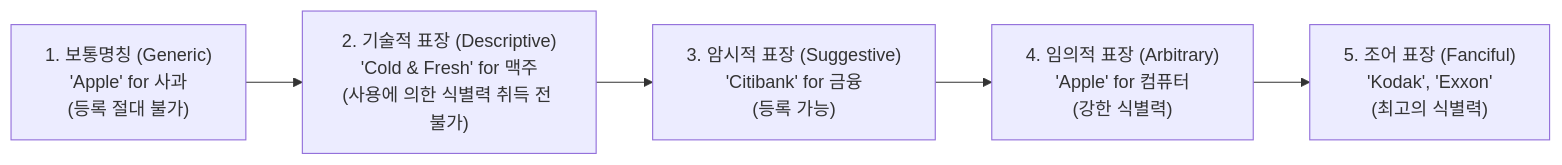
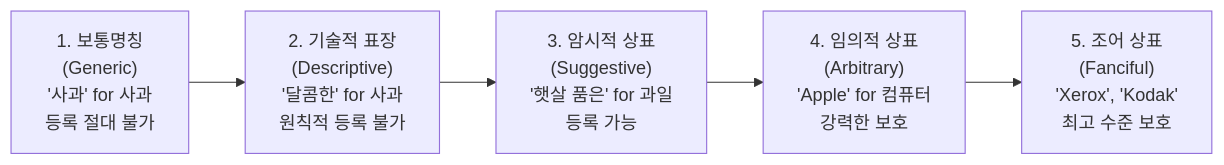
Before and after one commit to umyunsang/edu: the diagram in ComputerScience/07_professional-humanities/intellectual-property/notes/05. 상표법과 브랜드 보호.md, drawn with Mermaid. The commit also changed other lines of this file and 19 other files, not shown here.

````diff
--- a/ComputerScience/07_professional-humanities/intellectual-property/notes/05. 상표법과 브랜드 보호.md
+++ b/ComputerScience/07_professional-humanities/intellectual-property/notes/05. 상표법과 브랜드 보호.md
@@ -33,7 +32,7 @@
 ```mermaid
-flowchart LR
-    GEN["1. 보통명칭 (Generic)<br/>'Apple' for 사과<br/>(등록 절대 불가)"] --> DESC["2. 기술적 표장 (Descriptive)<br/>'Cold & Fresh' for 맥주<br/>(사용에 의한 식별력 취득 전 불가)"]
-    DESC --> SUGG["3. 암시적 표장 (Suggestive)<br/>'Citibank' for 금융<br/>(등록 가능)"]
-    SUGG --> ARB["4. 임의적 표장 (Arbitrary)<br/>'Apple' for 컴퓨터<br/>(강한 식별력)"]
-    ARB --> FANC["5. 조어 표장 (Fanciful)<br/>'Kodak', 'Exxon'<br/>(최고의 식별력)"]
+graph LR
+    GEN["1. 보통명칭<br/>(Generic)<br/>'사과' for 사과<br/>등록 절대 불가"] --> DESC["2. 기술적 표장<br/>(Descriptive)<br/>'달콤한' for 사과<br/>원칙적 등록 불가"]
+    DESC --> SUGG["3. 암시적 상표<br/>(Suggestive)<br/>'햇살 품은' for 과일<br/>등록 가능"]
+    SUGG --> ARB["4. 임의적 상표<br/>(Arbitrary)<br/>'Apple' for 컴퓨터<br/>강력한 보호"]
+    ARB --> FAN["5. 조어 상표<br/>(Fanciful)<br/>'Xerox', 'Kodak'<br/>최고 수준 보호"]
 ```
````
